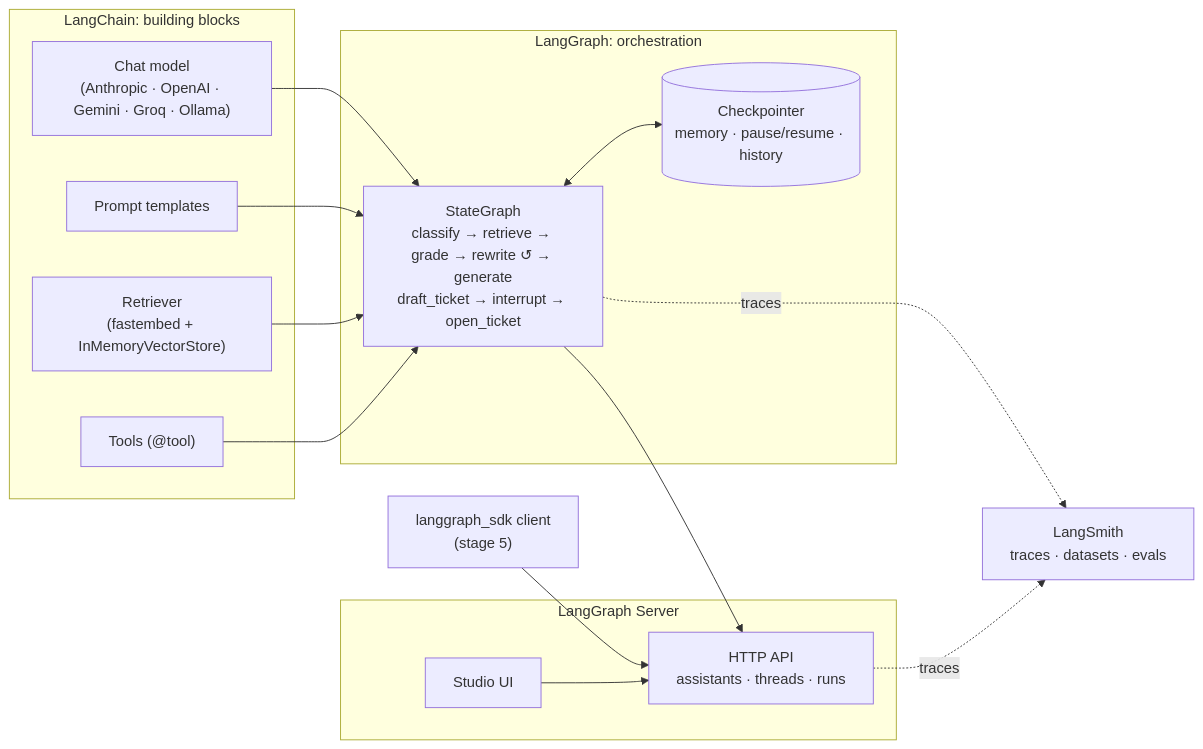
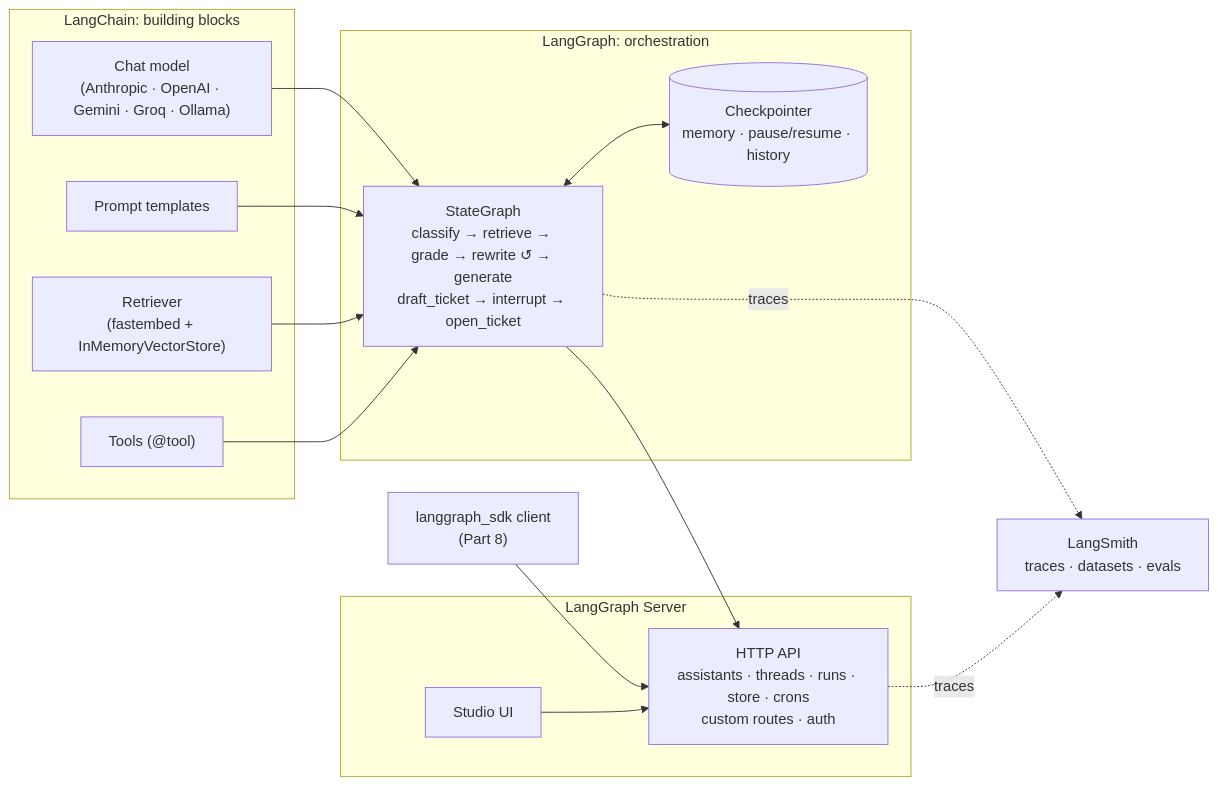
The first of 2 diagrams in README.md (RGB314/docshelp), drawn with Mermaid before and after one commit. The commit also changed other lines of this file and 52 other files, not shown here.

````diff
--- a/README.md
+++ b/README.md
@@ -60,27 +59,27 @@
 ```mermaid
 flowchart LR
     subgraph LC["LangChain: building blocks"]
         M["Chat model<br/>(Anthropic · OpenAI · Gemini · Groq · Ollama)"]
         P[Prompt templates]
         R["Retriever<br/>(fastembed + InMemoryVectorStore)"]
         T["Tools (@tool)"]
     end
     subgraph LG["LangGraph: orchestration"]
         G["StateGraph<br/>classify → retrieve → grade → rewrite ↺ → generate<br/>draft_ticket → interrupt → open_ticket"]
         C[("Checkpointer<br/>memory · pause/resume · history")]
     end
     subgraph SRV["LangGraph Server"]
-        API["HTTP API<br/>assistants · threads · runs"]
+        API["HTTP API<br/>assistants · threads · runs · store · crons<br/>custom routes · auth"]
         ST["Studio UI"]
     end
     LS["LangSmith<br/>traces · datasets · evals"]
-    SDK["langgraph_sdk client<br/>(stage 5)"]
+    SDK["langgraph_sdk client<br/>(Part 8)"]
 
     M & P & R & T --> G
     G <--> C
     G --> API
     SDK --> API
     ST --> API
     G -. traces .-> LS
     API -. traces .-> LS
 ```
````
